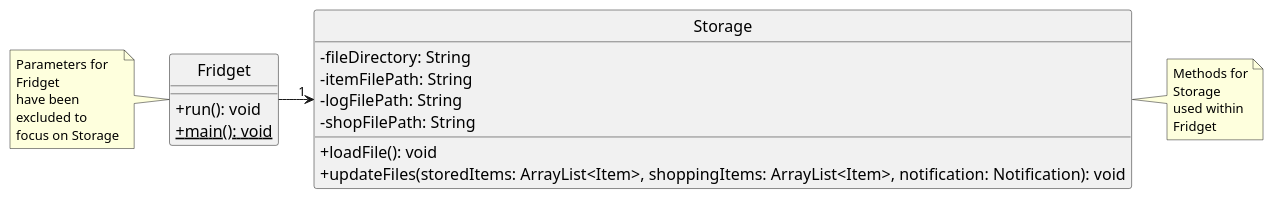
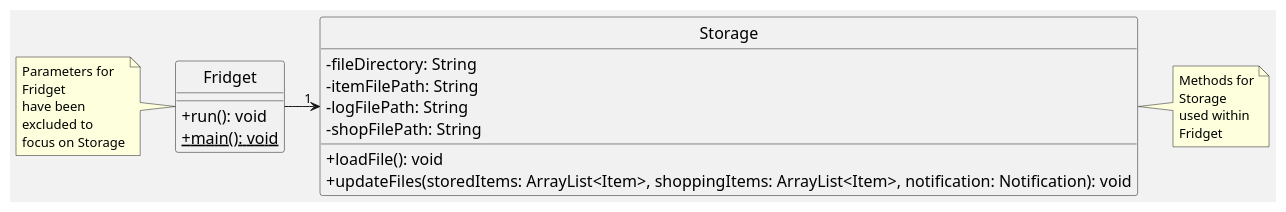
One commit to uosjapuelks/tp changed the diagram in docs/pumlFiles/StorageClass.puml. Above: the diagram before and after it, drawn with PlantUML. The commit also changed 3 other files, not shown here.

```diff
--- a/docs/pumlFiles/StorageClass.puml
+++ b/docs/pumlFiles/StorageClass.puml
@@ -1,38 +1,39 @@
 @startuml
 hide circle
 skinparam classAttributeIconSize 0
 skinparam classFontSize 16
 skinparam classAttributeFontSize 16
+skinparam backgroundColor #f2f2f2
 
 Fridget -> "1" Storage
 
 class Fridget {
     + run(): void
     + {static} main(): void
 }
 
 note left
     Parameters for
     Fridget
     have been
     excluded to
     focus on Storage
 end note
 
 class Storage {
     - fileDirectory: String
     - itemFilePath: String
     - logFilePath: String
     - shopFilePath: String
     + loadFile(): void
     + updateFiles(storedItems: ArrayList<Item>, shoppingItems: ArrayList<Item>, notification: Notification): void
 }
 
 note right
     Methods for
     Storage
     used within
     Fridget
 end note
 
 @enduml
```
